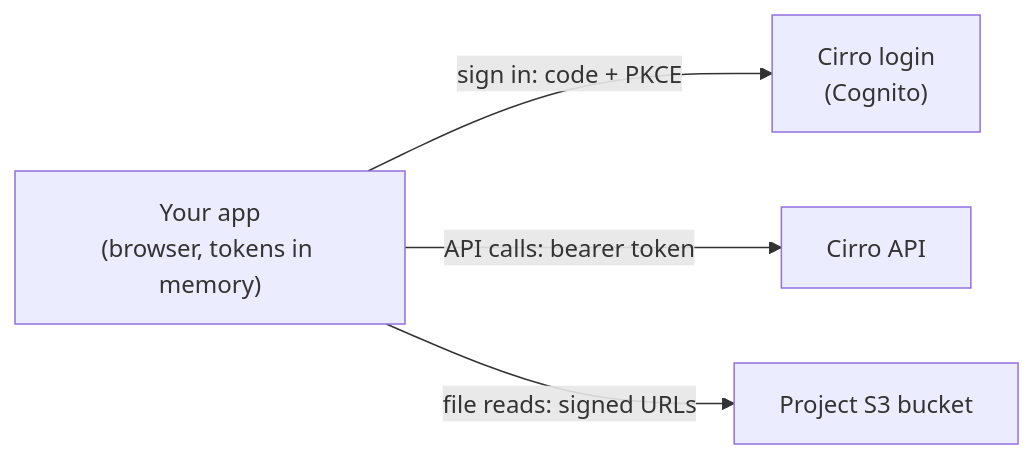
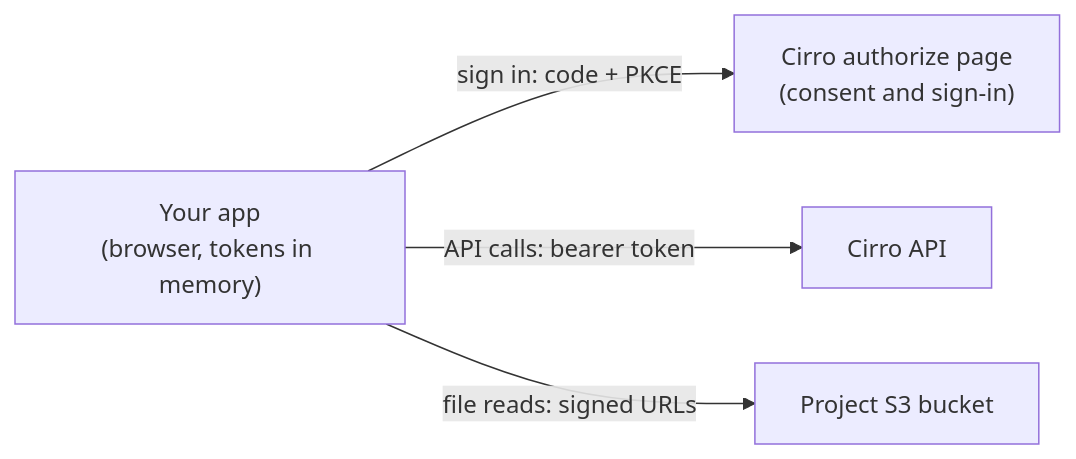
Before and after one commit to CirroBio/Cirro-app-kit: the diagram in docs/architecture.md, drawn with Mermaid. The commit also changed other lines of this file and 40 other files, not shown here.

First line of the commit message:
Sign in through Cirro's authorize page and update the client to 0.13.38 (#8)

````diff
--- a/docs/architecture.md
+++ b/docs/architecture.md
@@ -9,10 +9,10 @@
 ```mermaid
 flowchart LR
   app["Your app<br/>(browser, tokens in memory)"]
-  login["Cirro login<br/>(Cognito)"]
+  authorize["Cirro authorize page<br/>(consent and sign-in)"]
   api["Cirro API"]
   s3["Project S3 bucket"]
-  app -- "sign in: code + PKCE" --> login
+  app -- "sign in: code + PKCE" --> authorize
   app -- "API calls: bearer token" --> api
   app -- "file reads: signed URLs" --> s3
 ```
````
